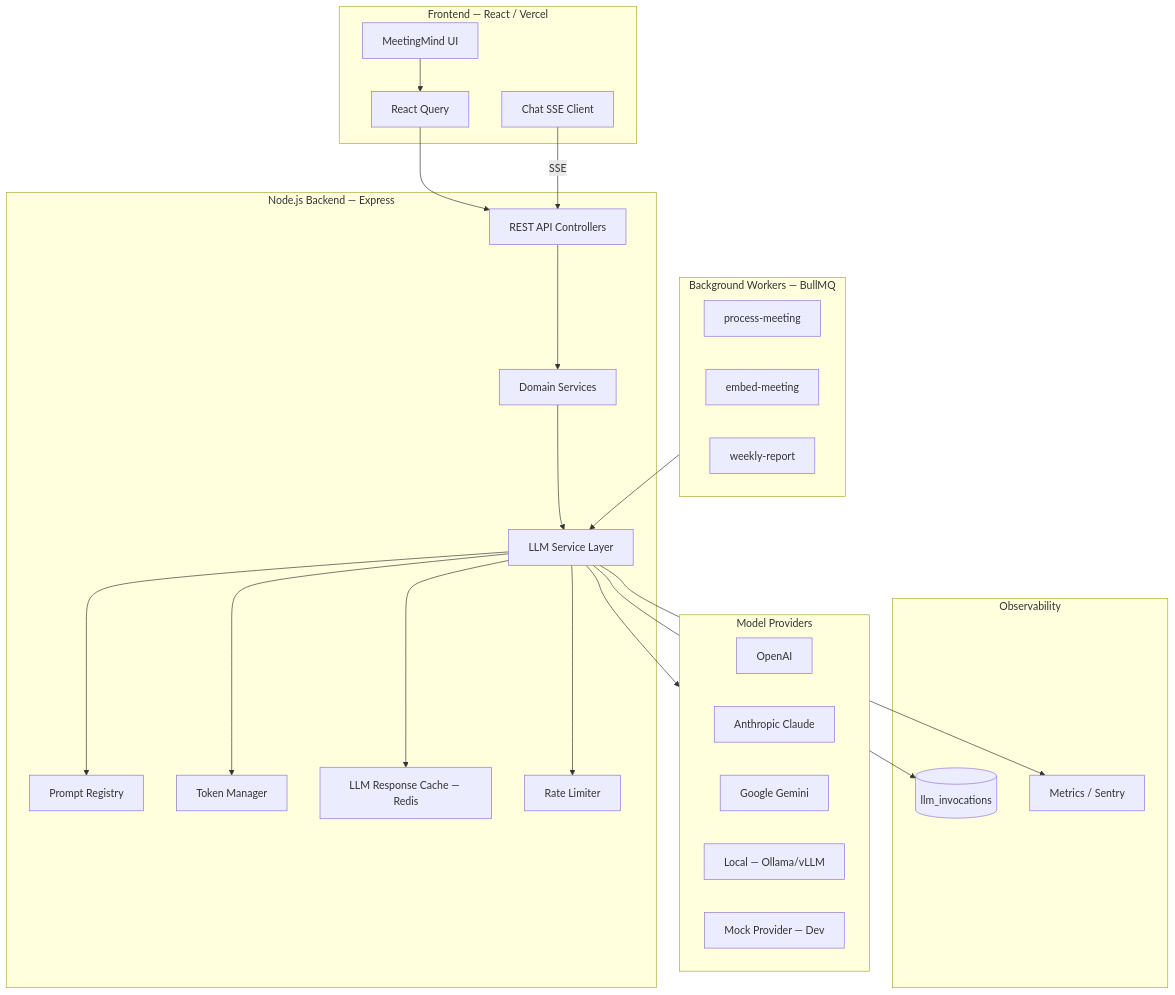
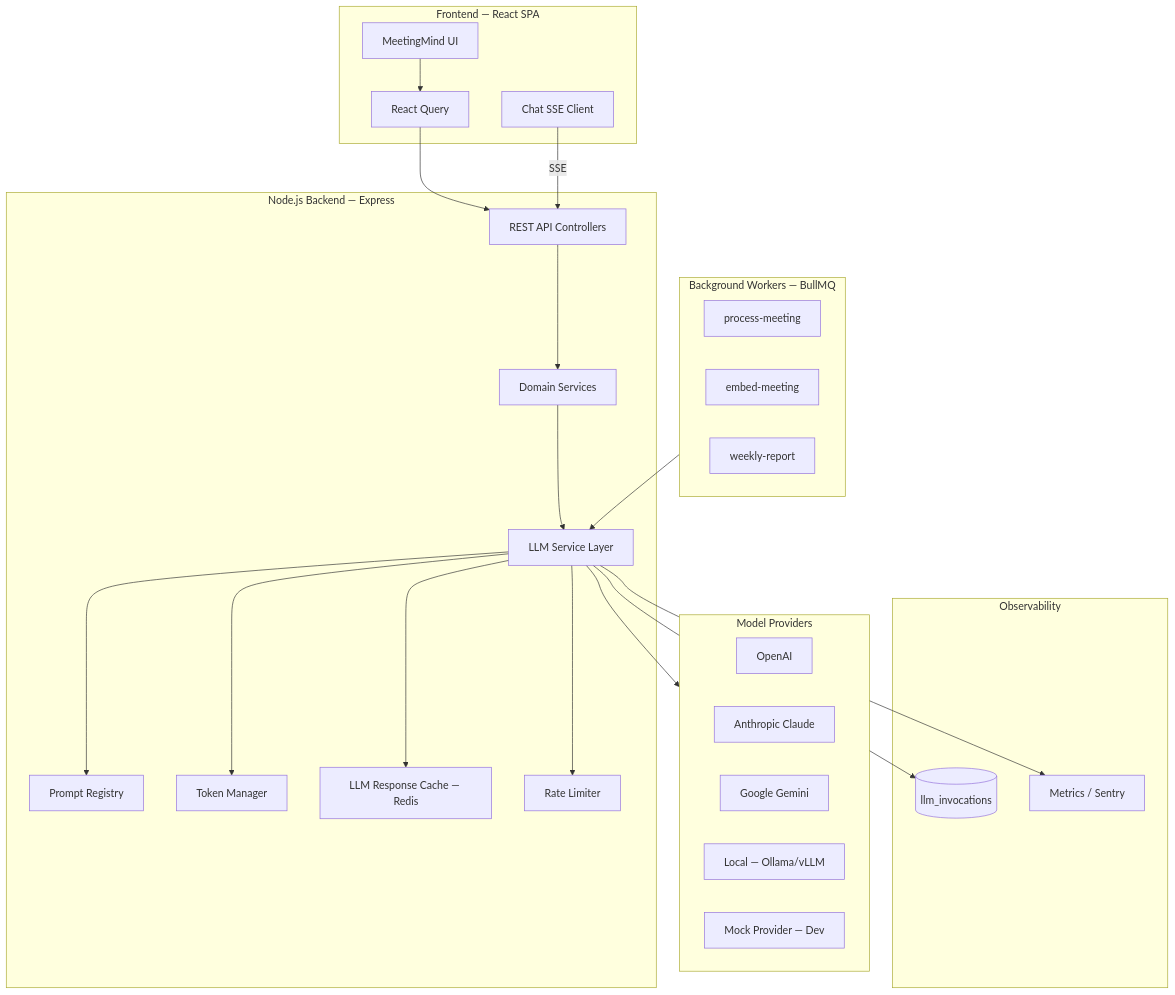
Before and after one commit to sumaiyabinterafiq97/AI-Meeting-Notes-Task-Manager: the first of 9 diagrams in docs/llm-architecture.md, drawn with Mermaid. The commit also changed other lines of this file and 22 other files, not shown here.

Commit message:
docs: sync inventory, audits, and API/architecture to v0.7.2

````diff
--- a/docs/llm-architecture.md
+++ b/docs/llm-architecture.md
@@ -13,50 +15,50 @@
 ```mermaid
 flowchart TB
-    subgraph Frontend["Frontend — React / Vercel"]
+    subgraph Frontend["Frontend — React SPA"]
         UI[MeetingMind UI]
         ChatUI[Chat SSE Client]
         RQ[React Query]
     end
 
     subgraph Backend["Node.js Backend — Express"]
         API[REST API Controllers]
         DomSvc[Domain Services]
         LLMSvc[LLM Service Layer]
         PromptReg[Prompt Registry]
         TokenMgr[Token Manager]
         Cache[LLM Response Cache — Redis]
         RateLimit[Rate Limiter]
     end
 
     subgraph Workers["Background Workers — BullMQ"]
         ProcWorker[process-meeting]
         EmbedWorker[embed-meeting]
         ReportWorker[weekly-report]
     end
 
     subgraph Providers["Model Providers"]
         OpenAI[OpenAI]
         Claude[Anthropic Claude]
         Gemini[Google Gemini]
         Local[Local — Ollama/vLLM]
         Mock[Mock Provider — Dev]
     end
 
     subgraph Obs["Observability"]
         InvLog[(llm_invocations)]
         Metrics[Metrics / Sentry]
     end
 
     UI --> RQ --> API
     ChatUI -->|SSE| API
     API --> DomSvc
     DomSvc --> LLMSvc
     Workers --> LLMSvc
     LLMSvc --> PromptReg
     LLMSvc --> TokenMgr
     LLMSvc --> Cache
     LLMSvc --> RateLimit
     LLMSvc --> Providers
     LLMSvc --> InvLog
     LLMSvc --> Metrics
 ```
````
